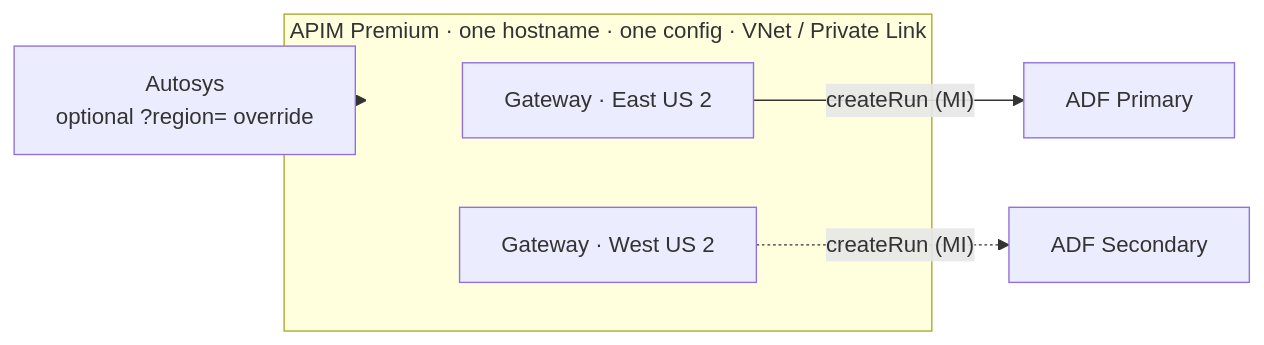
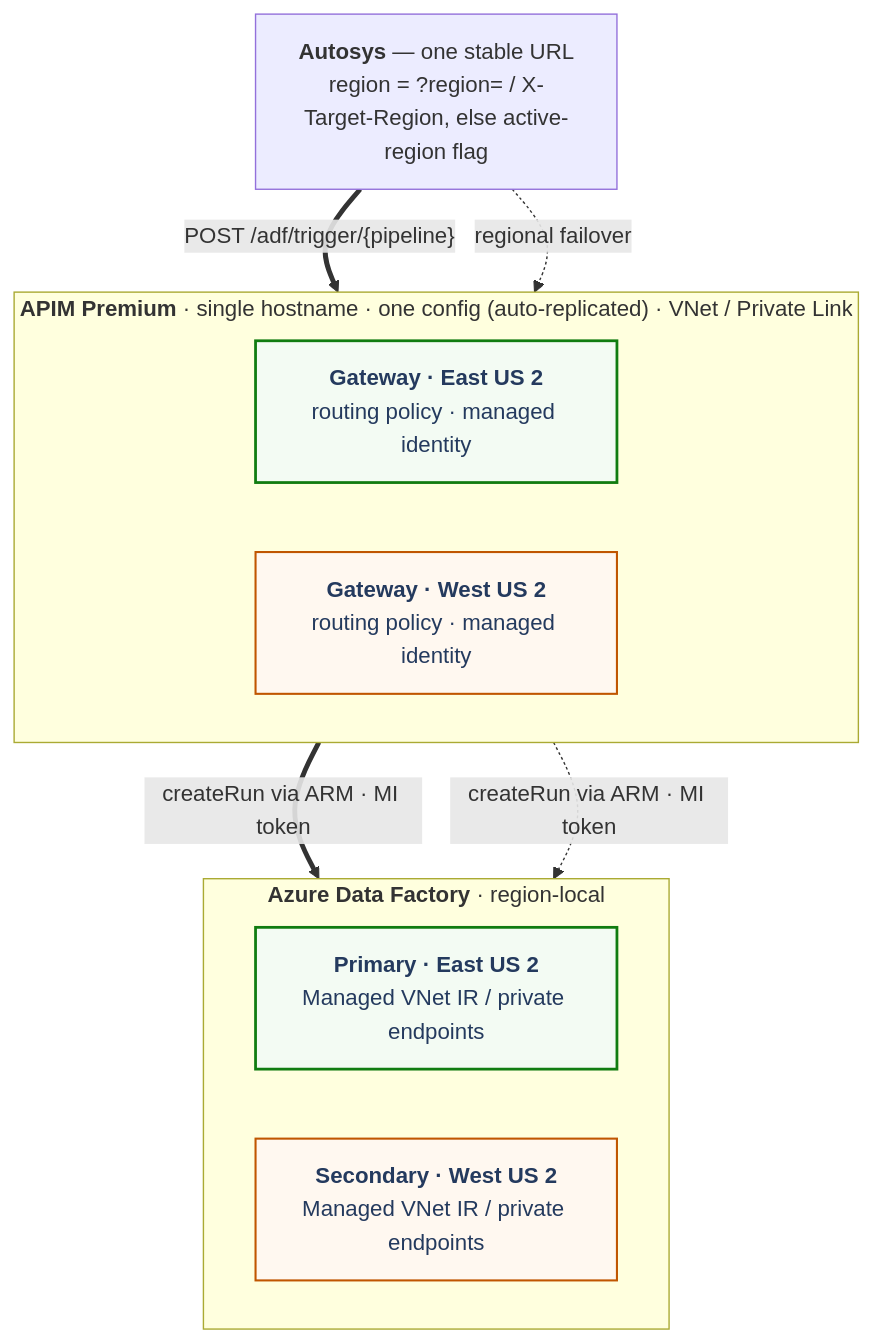
One commit to SpiffLabSquad/adf-dr-apim-demo changed the diagram in docs/architecture.md. Above: the diagram before and after it, drawn with Mermaid. The commit also changed 1 other file, not shown here.

Commit message:
Redraw Premium multi-region diagram with more detail and clearer layout
Replaces the bunched LR diagram (gateways stacked, ADF nodes just 'pipelines') with a detailed two-tier flow: region selection on Autosys, active-region routing policy + managed identity per gateway, createRun-via-ARM (MI token) edges, VNet / Private Link on the APIM boundary, and pipelines + Managed VNet IR / private endpoints per factory. Active/standby colour-coding via classDef. Applied to README and docs/architecture.md; validated with mermaid-cli.

````diff
--- a/docs/architecture.md
+++ b/docs/architecture.md
@@ -86,11 +86,26 @@
 ```mermaid
-flowchart LR
-    AJ["Autosys<br/>optional ?region= override"]
-    subgraph PR["APIM Premium · one hostname · one config · VNet / Private Link"]
-        GA["Gateway · East US 2"]
-        GB["Gateway · West US 2"]
+flowchart TB
+    AJ["<b>Autosys</b> — one stable URL<br/>region = ?region= / X-Target-Region, else active-region flag"]
+
+    subgraph APIM["<b>APIM Premium</b> · single hostname · one config (auto-replicated) · VNet / Private Link"]
+        direction LR
+        GA["<b>Gateway · East US 2</b><br/>routing policy · managed identity"]
+        GB["<b>Gateway · West US 2</b><br/>routing policy · managed identity"]
     end
-    AJ --> PR
-    GA -- "createRun (MI)" --> FP["ADF Primary"]
-    GB -. "createRun (MI)" .-> FS["ADF Secondary"]
+
+    subgraph ADF["<b>Azure Data Factory</b> · region-local"]
+        direction LR
+        FP["<b>Primary · East US 2</b><br/>Managed VNet IR / private endpoints"]
+        FS["<b>Secondary · West US 2</b><br/>Managed VNet IR / private endpoints"]
+    end
+
+    AJ ==>|"POST /adf/trigger/{pipeline}"| GA
+    AJ -. "regional failover" .-> GB
+    GA ==>|"createRun via ARM · MI token"| FP
+    GB -. "createRun via ARM · MI token" .-> FS
+
+    classDef active stroke:#107C10,stroke-width:2px,fill:#F3FBF3,color:#243A5E;
+    classDef standby stroke:#C05600,stroke-width:1.5px,fill:#FFF8F0,color:#243A5E;
+    class GA,FP active;
+    class GB,FS standby;
 ```
````
